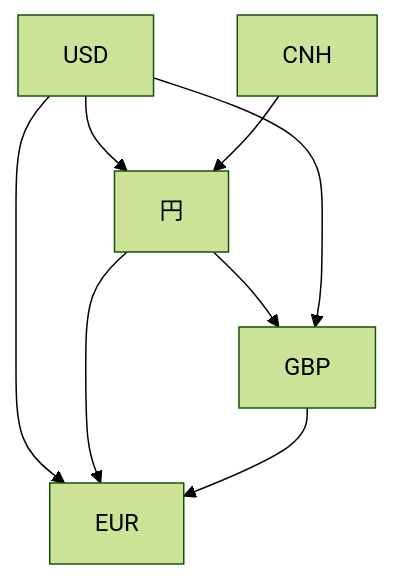
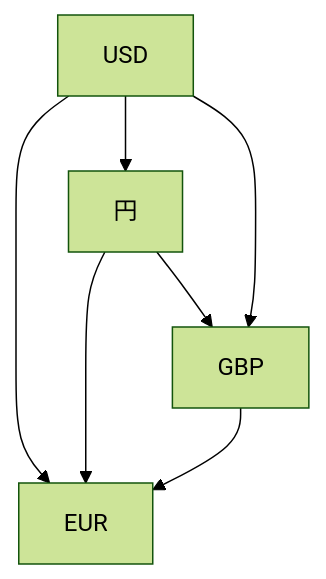
The second of 2 diagrams in DocumentCreation/MarkDown.md (HirotoIgarashi/my-document), drawn with Mermaid (forest theme) before and after one commit.

````diff
--- a/DocumentCreation/MarkDown.md
+++ b/DocumentCreation/MarkDown.md
@@ -93,10 +93,9 @@
 ```mermaid
 graph TD;
 USD-->円
-CNH-->円
 USD-->EUR;
 円-->EUR;
 円-->GBP;
 USD-->GBP;
 GBP-->EUR;
 ```
````
